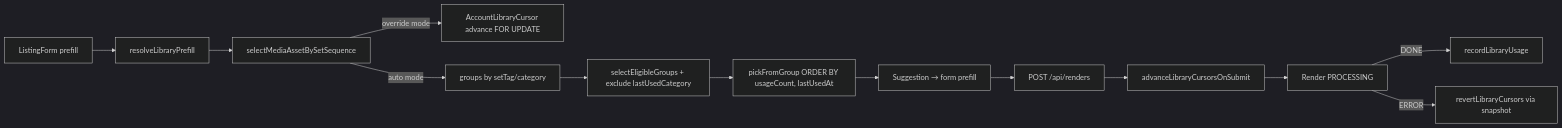
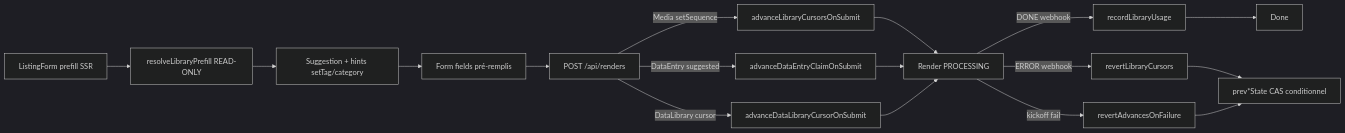
One commit to Shaplow/Toolbox-immo changed the diagram in .claude/workflows/asset-rotation-engine.md. Above: the diagram before and after it, drawn with Mermaid (dark theme). The commit also changed other lines of this file and 7 other files, not shown here.

````diff
--- a/.claude/workflows/asset-rotation-engine.md
+++ b/.claude/workflows/asset-rotation-engine.md
@@ -14,15 +14,19 @@
 ```mermaid
 flowchart LR
-  Form[ListingForm prefill] --> Resolve[resolveLibraryPrefill]
-  Resolve --> SelectSeq[selectMediaAssetBySetSequence]
-  SelectSeq -->|override mode| Cursor[AccountLibraryCursor advance FOR UPDATE]
-  SelectSeq -->|auto mode| Groups[groups by setTag/category]
-  Groups --> Eligible[selectEligibleGroups + exclude lastUsedCategory]
-  Eligible --> Pick[pickFromGroup ORDER BY usageCount, lastUsedAt]
-  Pick --> Suggestion[Suggestion → form prefill]
-  Suggestion --> Submit["POST /api/renders"]
-  Submit --> Advance[advanceLibraryCursorsOnSubmit]
-  Advance --> Render[Render PROCESSING]
-  Render -->|DONE| Record[recordLibraryUsage]
-  Render -->|ERROR| Revert[revertLibraryCursors via snapshot]
+  Form[ListingForm prefill SSR] --> ResolvePre[resolveLibraryPrefill READ-ONLY]
+  ResolvePre --> Hints[Suggestion + hints setTag/category]
+  Hints --> Form2[Form fields pré-remplis]
+  Form2 --> Submit["POST /api/renders"]
+  Submit -->|Media setSequence| AdvMedia[advanceLibraryCursorsOnSubmit]
+  Submit -->|DataEntry suggested| ClaimData[advanceDataEntryClaimOnSubmit]
+  Submit -->|DataLibrary cursor| AdvData[advanceDataLibraryCursorOnSubmit]
+  AdvMedia --> Render[Render PROCESSING]
+  ClaimData --> Render
+  AdvData --> Render
+  Render -->|DONE webhook| Record[recordLibraryUsage]
+  Render -->|ERROR webhook| RevertCursors[revertLibraryCursors]
+  Render -->|kickoff fail| RevertAdv[revertAdvancesOnFailure]
+  Record --> Done
+  RevertCursors --> Snapshot[prev*State CAS conditionnel]
+  RevertAdv --> Snapshot
 ```
````
